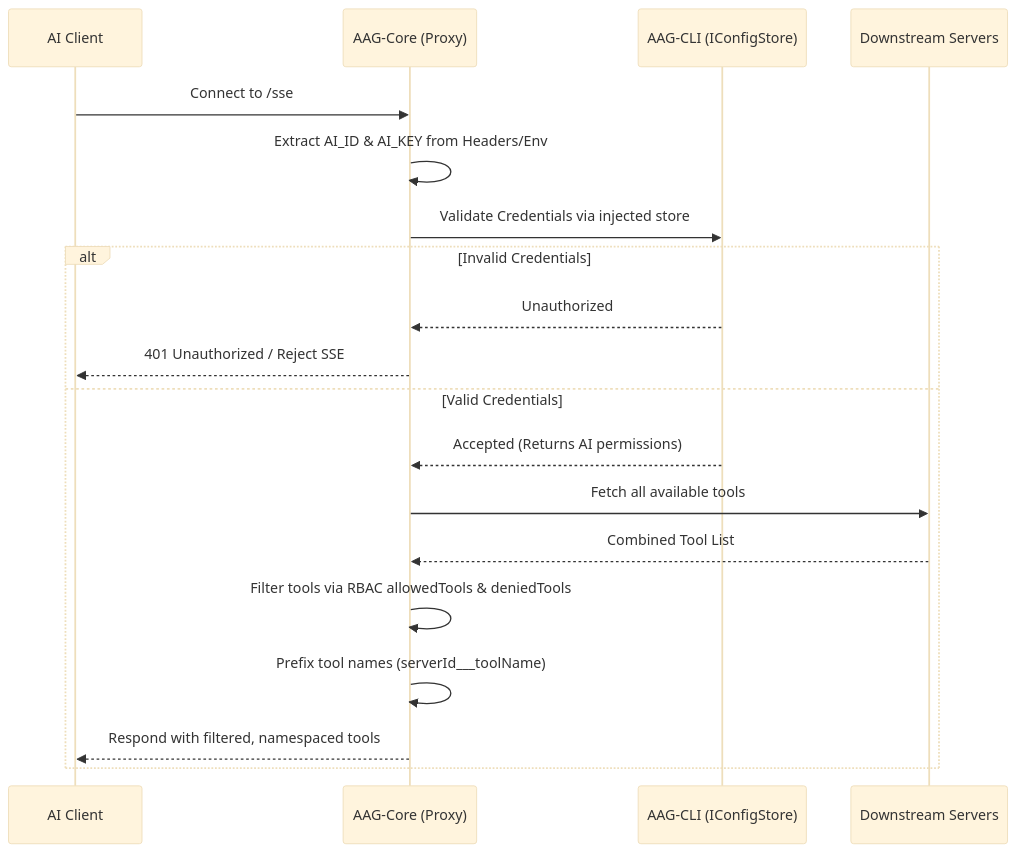
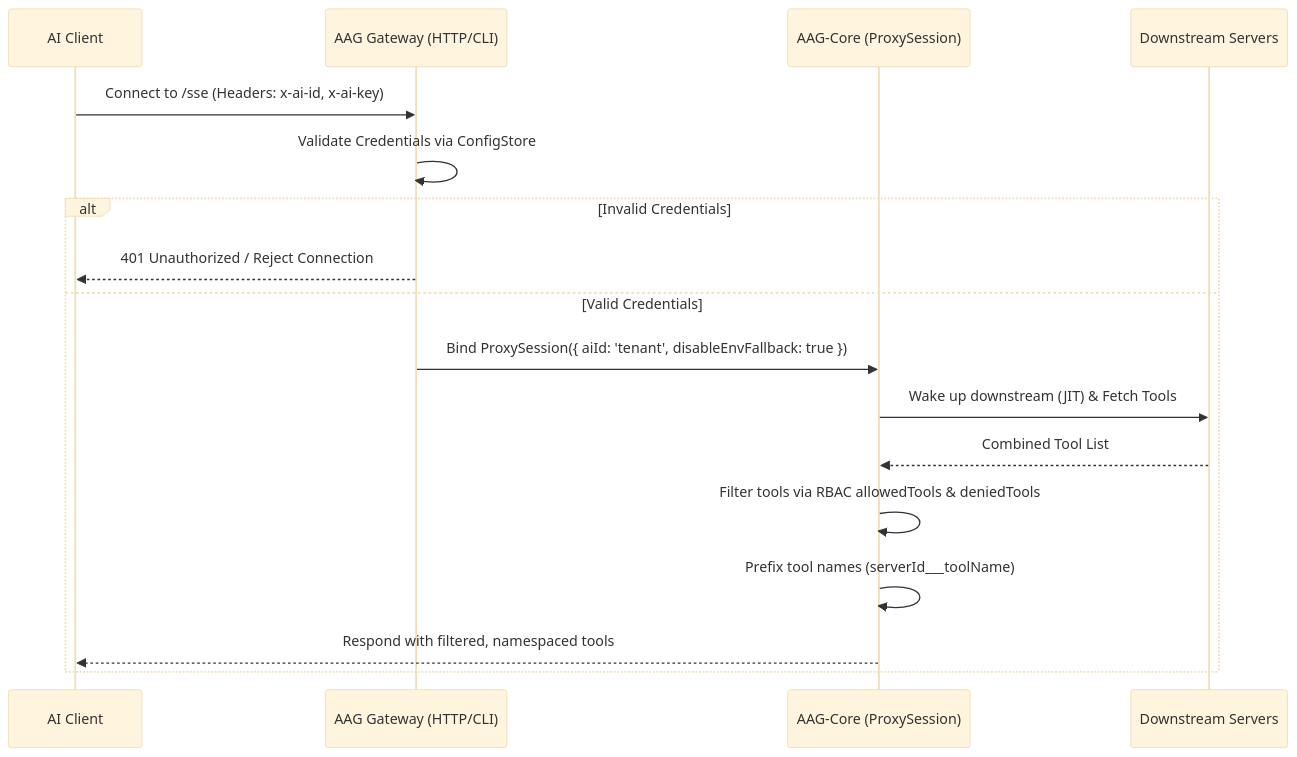
The second of 3 diagrams in ARCHITECTURE.md (Cyber-Sec-Space/ai-auth-gateway), drawn with Mermaid (base theme) before and after one commit. The commit also changed other lines of this file and 1 other file, not shown here.

Commit message:
docs(architecture): update sequence diagrams to reflect aag-core v2.0.0 SaaS ProxySession bindings and JIT Wakeup mechanisms

````diff
--- a/ARCHITECTURE.md
+++ b/ARCHITECTURE.md
@@ -100,22 +100,20 @@
 ```mermaid
 sequenceDiagram
     participant AI as AI Client
-    participant Core as AAG-Core (Proxy)
-    participant CFG as AAG-CLI (IConfigStore)
+    participant GW as AAG Gateway (HTTP/CLI)
+    participant Core as AAG-Core (ProxySession)
     participant MCP as Downstream Servers
 
-    AI->>Core: Connect to /sse
-    Core->>Core: Extract AI_ID & AI_KEY from Headers/Env
-    Core->>CFG: Validate Credentials via injected store
+    AI->>GW: Connect to /sse (Headers: x-ai-id, x-ai-key)
+    GW->>GW: Validate Credentials via ConfigStore
     alt Invalid Credentials
-        CFG-->>Core: Unauthorized
-        Core-->>AI: 401 Unauthorized / Reject SSE
+        GW-->>AI: 401 Unauthorized / Reject Connection
     else Valid Credentials
-        CFG-->>Core: Accepted (Returns AI permissions)
-        Core->>MCP: Fetch all available tools
+        GW->>Core: Bind ProxySession({ aiId: 'tenant', disableEnvFallback: true })
+        Core->>MCP: Wake up downstream (JIT) & Fetch Tools
         MCP-->>Core: Combined Tool List
         Core->>Core: Filter tools via RBAC allowedTools & deniedTools
         Core->>Core: Prefix tool names (serverId___toolName)
         Core-->>AI: Respond with filtered, namespaced tools
     end
 ```
````
